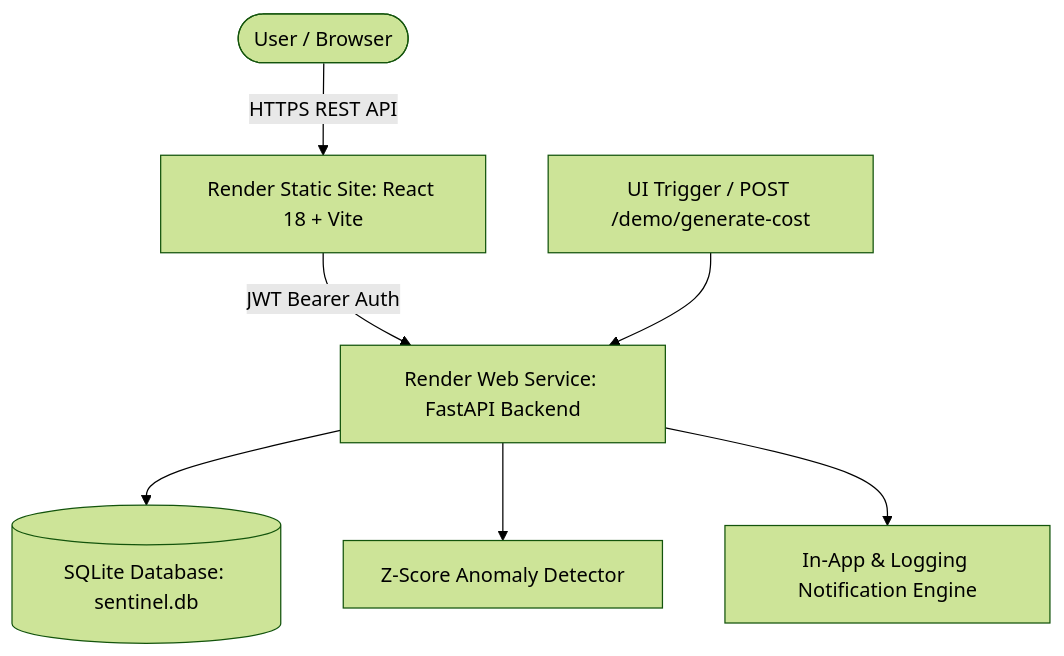
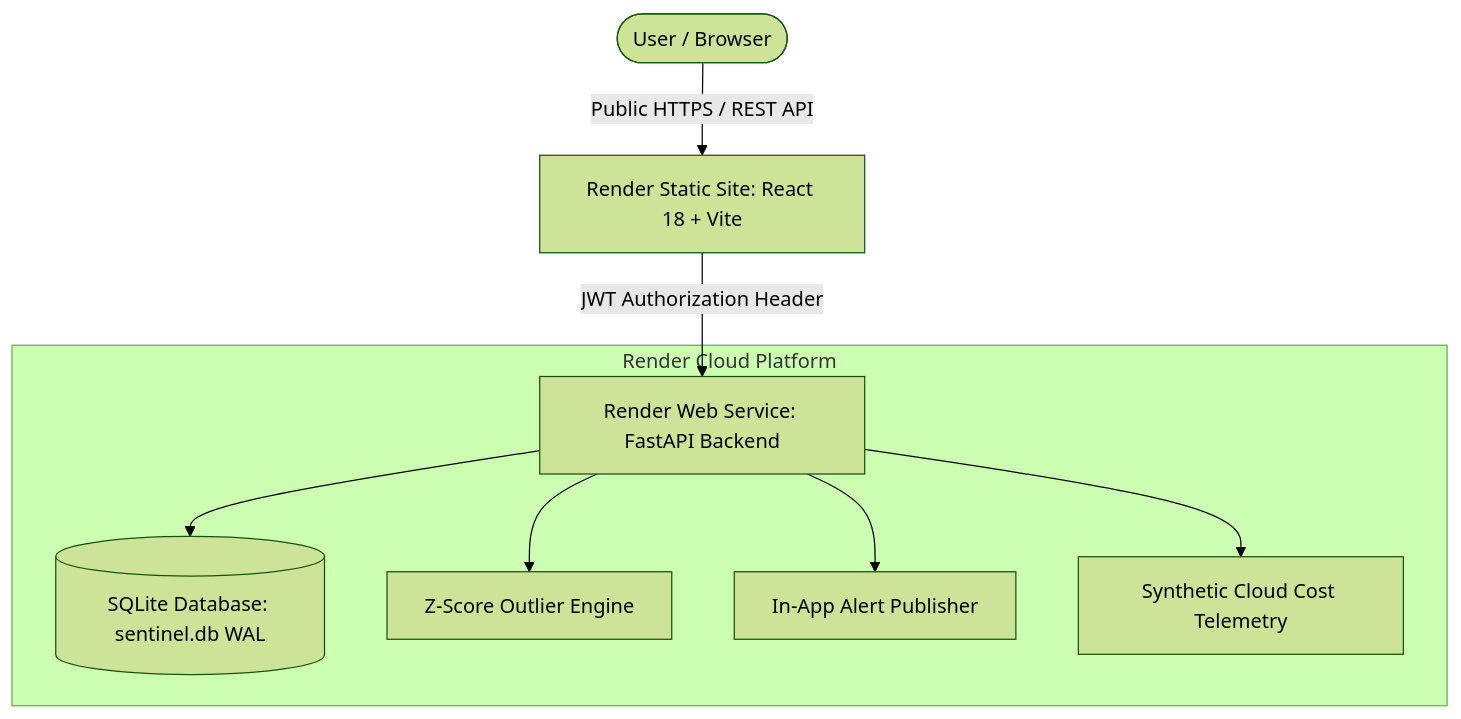
One commit to dinakardinakar165-debug/CloudWatch-Sentinel changed the diagram in README.md. Above: the diagram before and after it, drawn with Mermaid (forest theme). The commit also changed other lines of this file and 22 other files, not shown here.

Commit message:
feat: finalize professional cloud monitoring platform

````diff
--- a/README.md
+++ b/README.md
@@ -11,9 +36,12 @@
 ```mermaid
 flowchart TD
-  User([User / Browser]) -->|HTTPS REST API| Frontend[Render Static Site: React 18 + Vite]
-  Frontend -->|JWT Bearer Auth| Backend[Render Web Service: FastAPI Backend]
-  Backend --> DB[(SQLite Database: sentinel.db)]
-  Backend --> AnomalyEngine[Z-Score Anomaly Detector]
-  Backend --> NotifEngine[In-App & Logging Notification Engine]
-  DemoTrigger[UI Trigger / POST /demo/generate-cost] --> Backend
+  User([User / Browser]) -->|Public HTTPS / REST API| Frontend[Render Static Site: React 18 + Vite]
+  Frontend -->|JWT Authorization Header| Backend[Render Web Service: FastAPI Backend]
+  
+  subgraph Render Cloud Platform
+    Backend --> DB[(SQLite Database: sentinel.db WAL)]
+    Backend --> AnomalyEngine[Z-Score Outlier Engine]
+    Backend --> NotifEngine[In-App Alert Publisher]
+    Backend --> DemoProvider[Synthetic Cloud Cost Telemetry]
+  end
 ```
````
